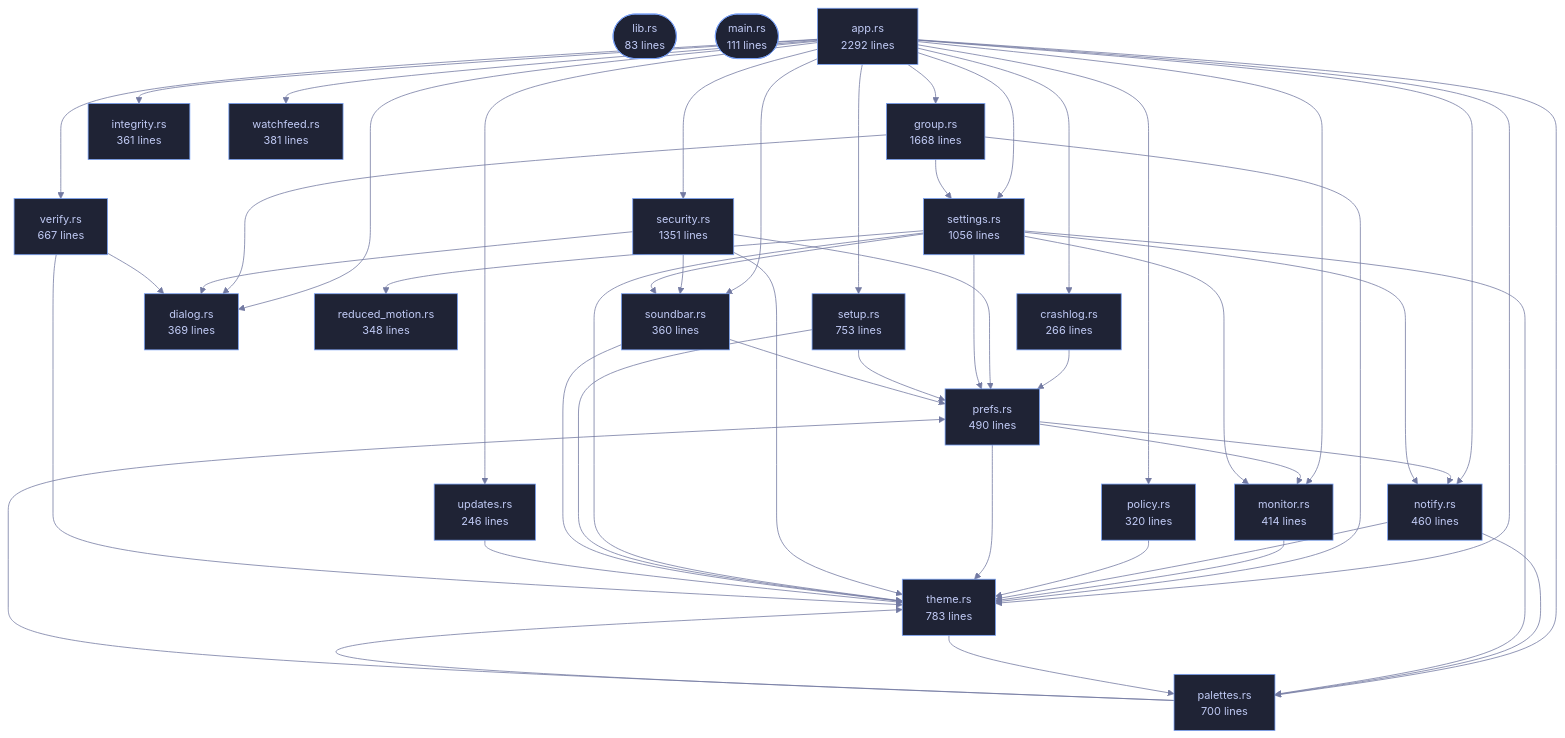
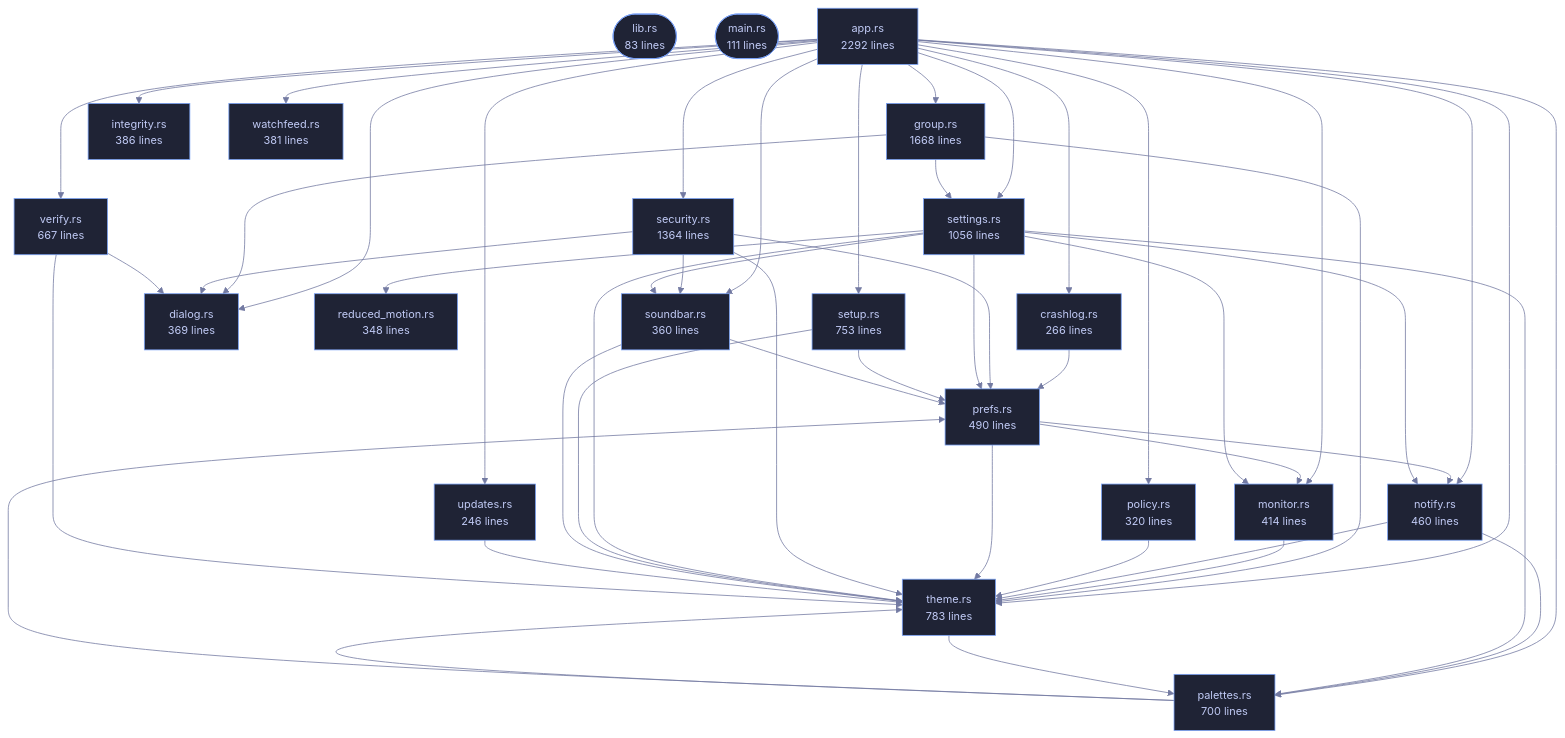
Before and after one commit to tilas01/veilvoice: the diagram in crates/veilvoice-gui/README.md, drawn with Mermaid. The commit also changed other lines of this file and 58 other files, not shown here.

```diff
--- a/crates/veilvoice-gui/README.md
+++ b/crates/veilvoice-gui/README.md
@@ -100,14 +100,14 @@
     n_crashlog["crashlog.rs<br/>266 lines"]
     n_dialog["dialog.rs<br/>369 lines"]
     n_group["group.rs<br/>1668 lines"]
-    n_integrity["integrity.rs<br/>361 lines"]
+    n_integrity["integrity.rs<br/>386 lines"]
     n_monitor["monitor.rs<br/>414 lines"]
     n_notify["notify.rs<br/>460 lines"]
     n_palettes["palettes.rs<br/>700 lines"]
     n_policy["policy.rs<br/>320 lines"]
     n_prefs["prefs.rs<br/>490 lines"]
     n_reduced_motion["reduced_motion.rs<br/>348 lines"]
-    n_security["security.rs<br/>1351 lines"]
+    n_security["security.rs<br/>1364 lines"]
     n_settings["settings.rs<br/>1056 lines"]
     n_setup["setup.rs<br/>753 lines"]
     n_soundbar["soundbar.rs<br/>360 lines"]
```
